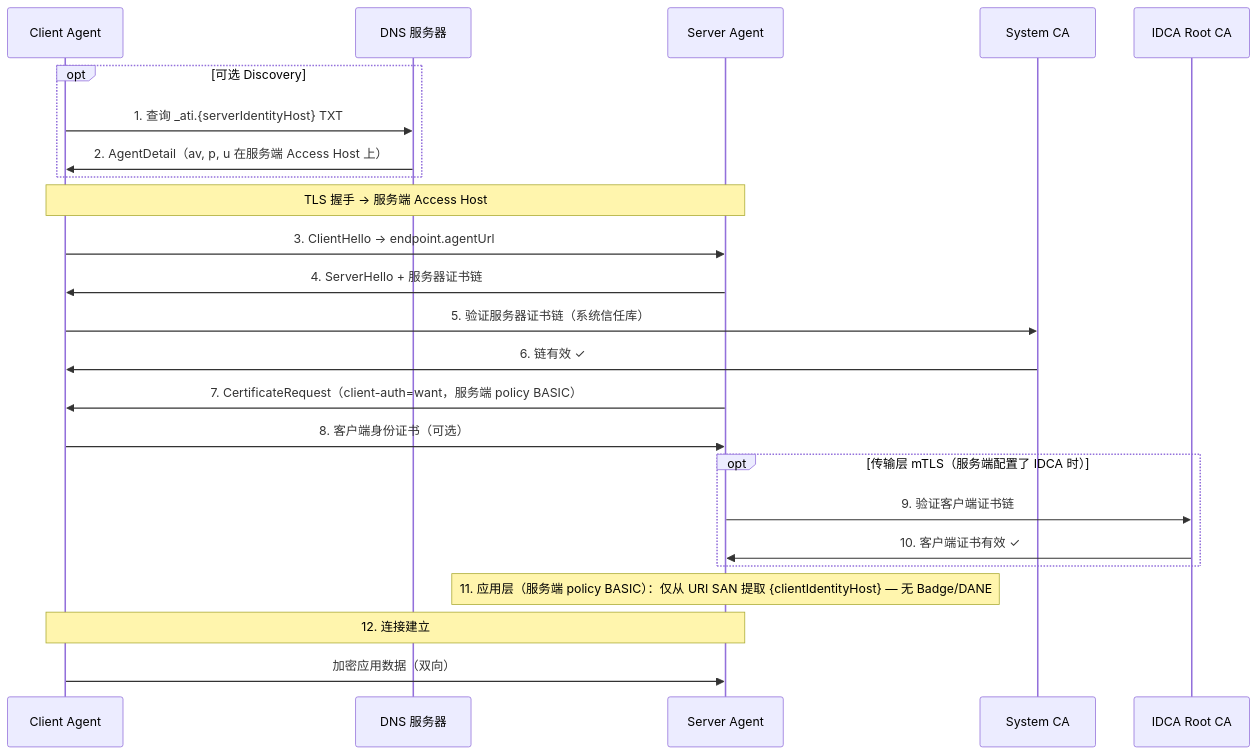
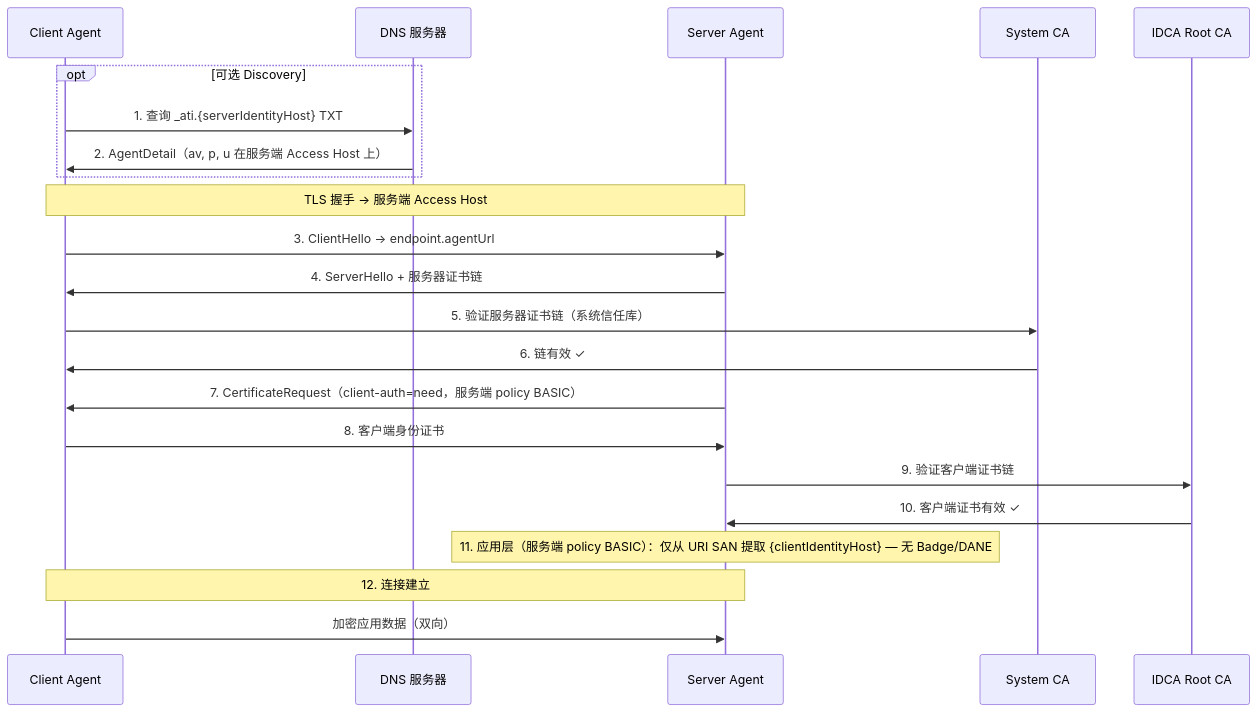
The second of 4 diagrams in README.zh-CN.md (aliyun/ati-sdk-java), drawn with Mermaid before and after one commit. The commit also changed other lines of this file and 8 other files, not shown here.

First line of the commit message:
fix(server): require Identity Certificate for BASIC policy

````diff
--- a/README.zh-CN.md
+++ b/README.zh-CN.md
@@ -109,30 +109,28 @@
 ```mermaid
 sequenceDiagram
     participant C as Client Agent
     participant DNS as DNS 服务器
     participant S as Server Agent
     participant CA as System CA
     participant IDCA as IDCA Root CA
 
     opt 可选 Discovery
         C->>DNS: 1. 查询 _ati.{serverIdentityHost} TXT
         DNS->>C: 2. AgentDetail（av, p, u 在服务端 Access Host 上）
     end
 
     Note over C,S: TLS 握手 → 服务端 Access Host
     C->>S: 3. ClientHello → endpoint.agentUrl
     S->>C: 4. ServerHello + 服务器证书链
     C->>CA: 5. 验证服务器证书链（系统信任库）
     CA->>C: 6. 链有效 ✓
-    S->>C: 7. CertificateRequest（client-auth=want，服务端 policy BASIC）
-    C->>S: 8. 客户端身份证书（可选）
+    S->>C: 7. CertificateRequest（client-auth=need，服务端 policy BASIC）
+    C->>S: 8. 客户端身份证书
 
-    opt 传输层 mTLS（服务端配置了 IDCA 时）
-        S->>IDCA: 9. 验证客户端证书链
-        IDCA->>S: 10. 客户端证书有效 ✓
-    end
+    S->>IDCA: 9. 验证客户端证书链
+    IDCA->>S: 10. 客户端证书有效 ✓
 
     Note over S: 11. 应用层（服务端 policy BASIC）：仅从 URI SAN 提取 {clientIdentityHost} — 无 Badge/DANE
     Note over C,S: 12. 连接建立
     C->>S: 加密应用数据（双向）
 ```
````
